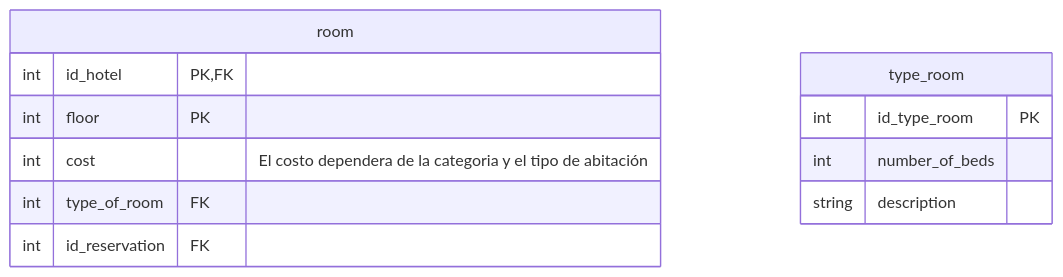
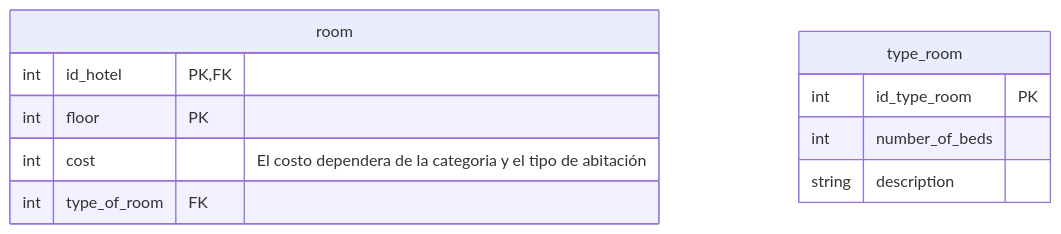
Before and after one commit to J4F3ET/ME.PMS: the second of 10 diagrams in doc/SDLC/desing/db/v2/dictionary.md, drawn with Mermaid. The commit also changed other lines of this file and 1 other file, not shown here.

````diff
--- a/doc/SDLC/desing/db/v2/dictionary.md
+++ b/doc/SDLC/desing/db/v2/dictionary.md
@@ -31,18 +31,17 @@
 ```mermaid
 ---
 
 ---
 erDiagram
     room{
         int id_hotel PK,FK
         int floor PK
         int cost "El costo dependera de la categoria y el tipo de abitación"
         int type_of_room FK
-        int id_reservation FK
     }
     type_room{
         int id_type_room PK
         int number_of_beds
         string description
     }
 ```
````
